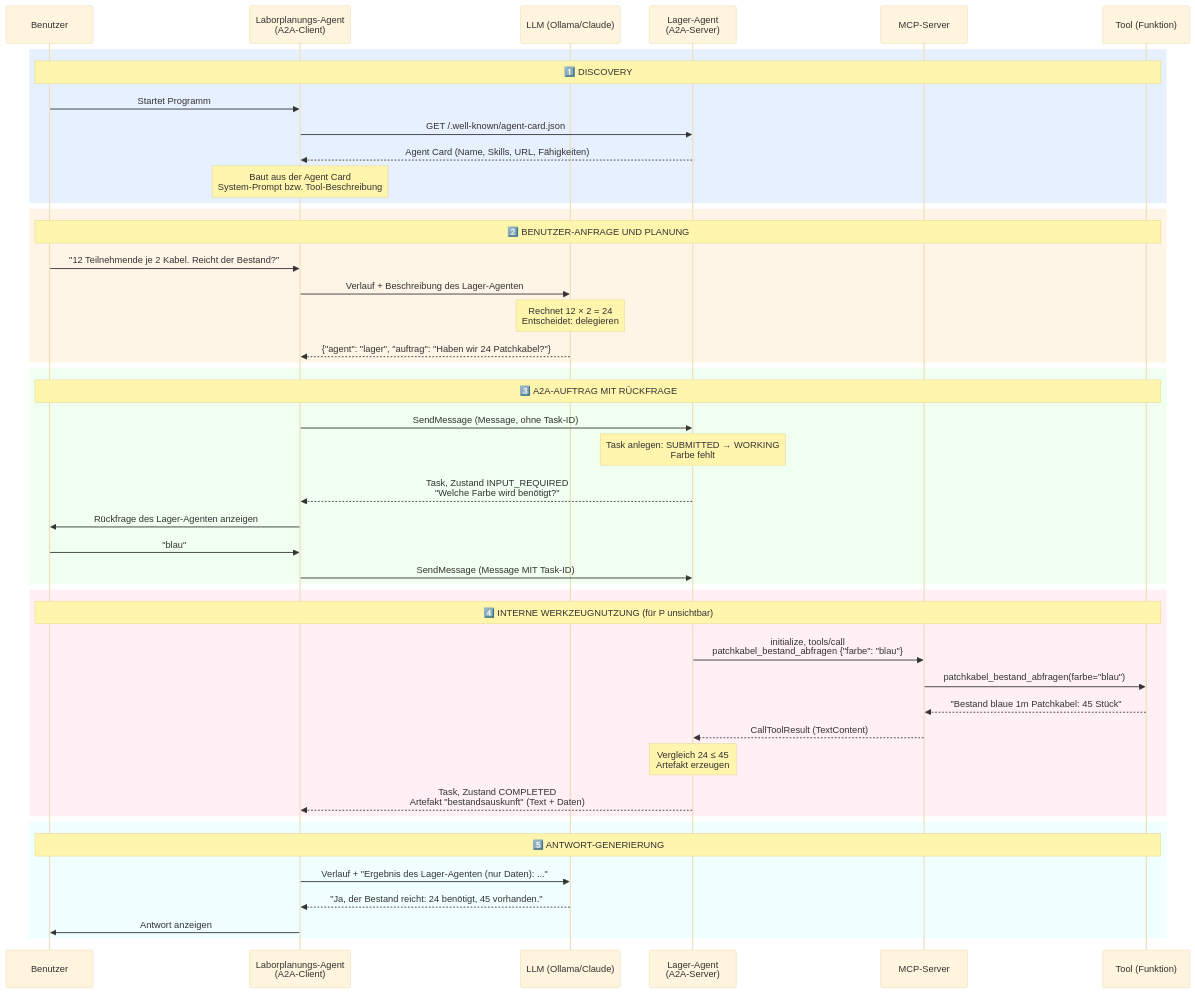
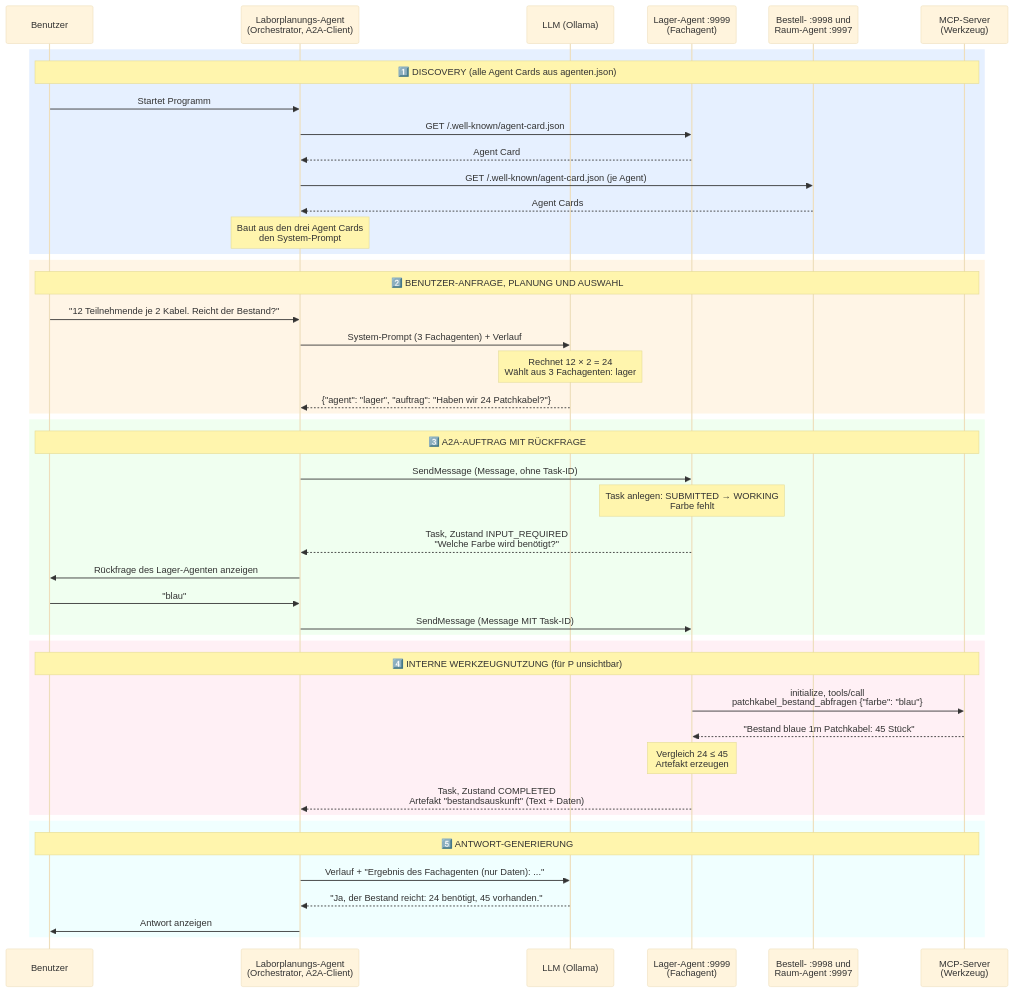
One commit to Lotter69/mcp-a2a-basics changed the third of 5 diagrams in 08_a2a_architecture.md. Above: the diagram before and after it, drawn with Mermaid (base theme). The commit also changed other lines of this file and 31 other files, not shown here.

````diff
--- a/08_a2a_architecture.md
+++ b/08_a2a_architecture.md
@@ -30,52 +103,52 @@
 ```mermaid
 sequenceDiagram
     participant U as Benutzer
-    participant P as Laborplanungs-Agent<br/>(A2A-Client)
-    participant L as LLM (Ollama/Claude)
-    participant A as Lager-Agent<br/>(A2A-Server)
-    participant M as MCP-Server
-    participant T as Tool (Funktion)
+    participant P as Laborplanungs-Agent<br/>(Orchestrator, A2A-Client)
+    participant L as LLM (Ollama)
+    participant LA as Lager-Agent :9999<br/>(Fachagent)
+    participant BR as Bestell- :9998 und<br/>Raum-Agent :9997
+    participant M as MCP-Server<br/>(Werkzeug)
 
     rect rgb(230, 240, 255)
-        Note over U,T: 1️⃣ DISCOVERY
+        Note over U,M: 1️⃣ DISCOVERY (alle Agent Cards aus agenten.json)
         U->>P: Startet Programm
-        P->>A: GET /.well-known/agent-card.json
-        A-->>P: Agent Card (Name, Skills, URL, Fähigkeiten)
-        Note over P: Baut aus der Agent Card<br/>System-Prompt bzw. Tool-Beschreibung
+        P->>LA: GET /.well-known/agent-card.json
+        LA-->>P: Agent Card
+        P->>BR: GET /.well-known/agent-card.json (je Agent)
+        BR-->>P: Agent Cards
+        Note over P: Baut aus den drei Agent Cards<br/>den System-Prompt
     end
 
     rect rgb(255, 245, 230)
-        Note over U,T: 2️⃣ BENUTZER-ANFRAGE UND PLANUNG
+        Note over U,M: 2️⃣ BENUTZER-ANFRAGE, PLANUNG UND AUSWAHL
         U->>P: "12 Teilnehmende je 2 Kabel. Reicht der Bestand?"
-        P->>L: Verlauf + Beschreibung des Lager-Agenten
-        Note over L: Rechnet 12 × 2 = 24<br/>Entscheidet: delegieren
+        P->>L: System-Prompt (3 Fachagenten) + Verlauf
+        Note over L: Rechnet 12 × 2 = 24<br/>Wählt aus 3 Fachagenten: lager
         L-->>P: {"agent": "lager", "auftrag": "Haben wir 24 Patchkabel?"}
     end
 
     rect rgb(240, 255, 240)
-        Note over U,T: 3️⃣ A2A-AUFTRAG MIT RÜCKFRAGE
-        P->>A: SendMessage (Message, ohne Task-ID)
-        Note over A: Task anlegen: SUBMITTED → WORKING<br/>Farbe fehlt
-        A-->>P: Task, Zustand INPUT_REQUIRED<br/>"Welche Farbe wird benötigt?"
+        Note over U,M: 3️⃣ A2A-AUFTRAG MIT RÜCKFRAGE
+        P->>LA: SendMessage (Message, ohne Task-ID)
+        Note over LA: Task anlegen: SUBMITTED → WORKING<br/>Farbe fehlt
+        LA-->>P: Task, Zustand INPUT_REQUIRED<br/>"Welche Farbe wird benötigt?"
         P->>U: Rückfrage des Lager-Agenten anzeigen
         U->>P: "blau"
-        P->>A: SendMessage (Message MIT Task-ID)
+        P->>LA: SendMessage (Message MIT Task-ID)
     end
 
     rect rgb(255, 240, 245)
-        Note over U,T: 4️⃣ INTERNE WERKZEUGNUTZUNG (für P unsichtbar)
-        A->>M: initialize, tools/call<br/>patchkabel_bestand_abfragen {"farbe": "blau"}
-        M->>T: patchkabel_bestand_abfragen(farbe="blau")
-        T-->>M: "Bestand blaue 1m Patchkabel: 45 Stück"
-        M-->>A: CallToolResult (TextContent)
-        Note over A: Vergleich 24 ≤ 45<br/>Artefakt erzeugen
-        A-->>P: Task, Zustand COMPLETED<br/>Artefakt "bestandsauskunft" (Text + Daten)
+        Note over U,M: 4️⃣ INTERNE WERKZEUGNUTZUNG (für P unsichtbar)
+        LA->>M: initialize, tools/call<br/>patchkabel_bestand_abfragen {"farbe": "blau"}
+        M-->>LA: "Bestand blaue 1m Patchkabel: 45 Stück"
+        Note over LA: Vergleich 24 ≤ 45<br/>Artefakt erzeugen
+        LA-->>P: Task, Zustand COMPLETED<br/>Artefakt "bestandsauskunft" (Text + Daten)
     end
 
     rect rgb(240, 255, 255)
-        Note over U,T: 5️⃣ ANTWORT-GENERIERUNG
-        P->>L: Verlauf + "Ergebnis des Lager-Agenten (nur Daten): ..."
+        Note over U,M: 5️⃣ ANTWORT-GENERIERUNG
+        P->>L: Verlauf + "Ergebnis des Fachagenten (nur Daten): ..."
         L-->>P: "Ja, der Bestand reicht: 24 benötigt, 45 vorhanden."
         P->>U: Antwort anzeigen
     end
 ```
````
